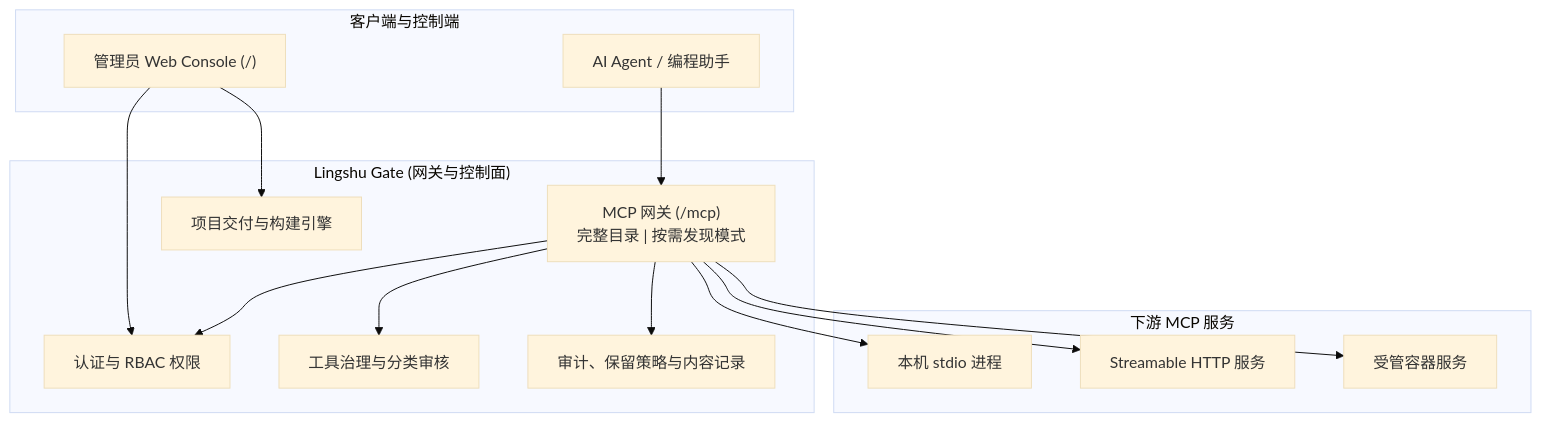
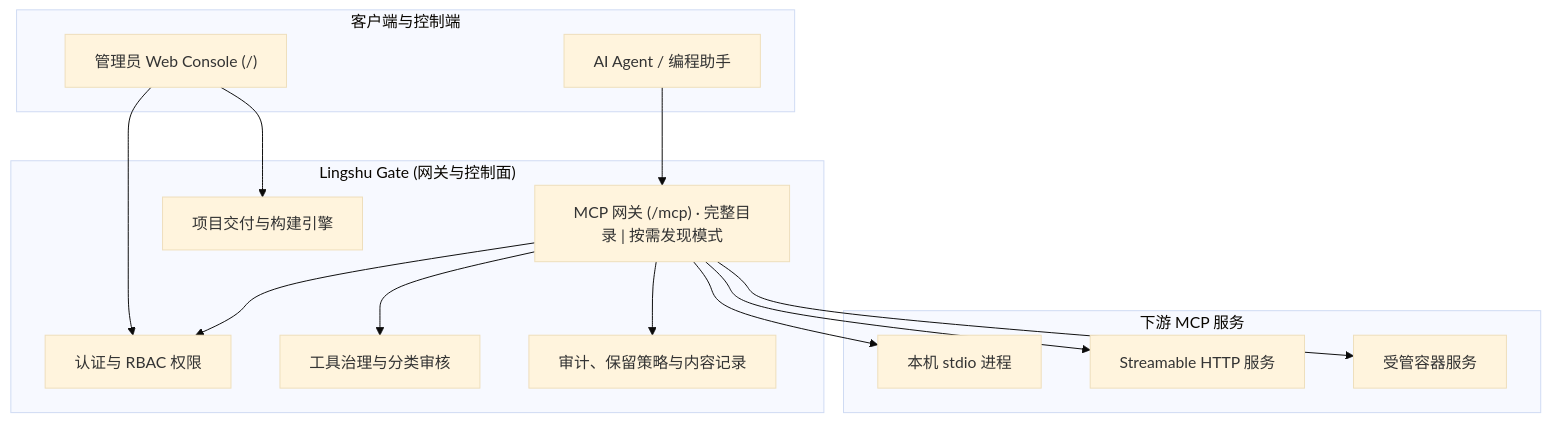
One commit to zhigege666/Lingshu-Gate changed the diagram in README.zh-CN.md. Above: the diagram before and after it, drawn with Mermaid (base theme). The commit also changed other lines of this file and 154 other files, not shown here.

````diff
--- a/README.zh-CN.md
+++ b/README.zh-CN.md
@@ -26,31 +76,31 @@
 ```mermaid
 flowchart TB
     subgraph Clients["客户端与控制端"]
         AI["AI Agent / 编程助手"]
         Console["管理员 Web Console (/)"]
     end
 
     subgraph Gate["Lingshu Gate (网关与控制面)"]
-        Gateway["MCP 网关 (/mcp)<br/>完整目录 | 按需发现模式"]
+        Gateway["MCP 网关 (/mcp) · 完整目录 | 按需发现模式"]
         Auth["认证与 RBAC 权限"]
         Governance["工具治理与分类审核"]
         Delivery["项目交付与构建引擎"]
         Audit["审计、保留策略与内容记录"]
     end
 
     subgraph Downstream["下游 MCP 服务"]
         Stdio["本机 stdio 进程"]
         HTTP["Streamable HTTP 服务"]
         Container["受管容器服务"]
     end
 
     AI --> Gateway
     Console --> Auth
     Console --> Delivery
     Gateway --> Auth
     Gateway --> Governance
     Gateway --> Audit
     Gateway --> Stdio
     Gateway --> HTTP
     Gateway --> Container
 ```
````
